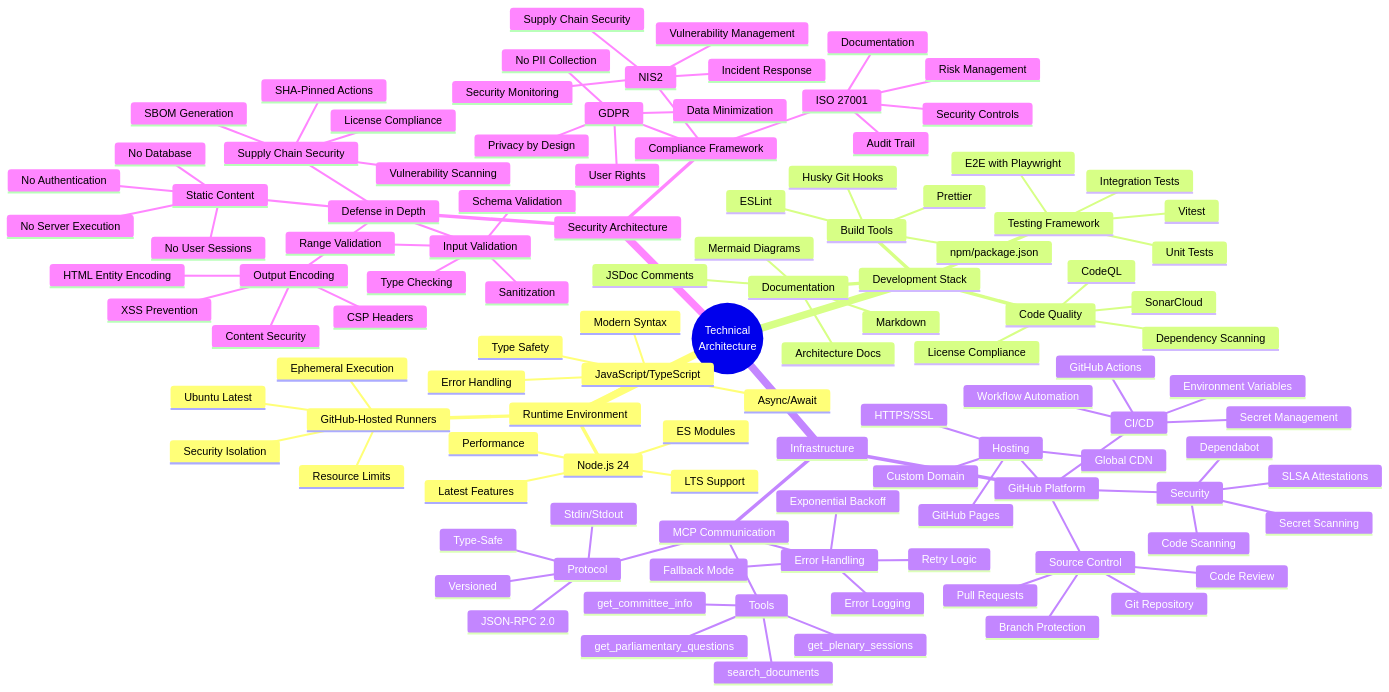
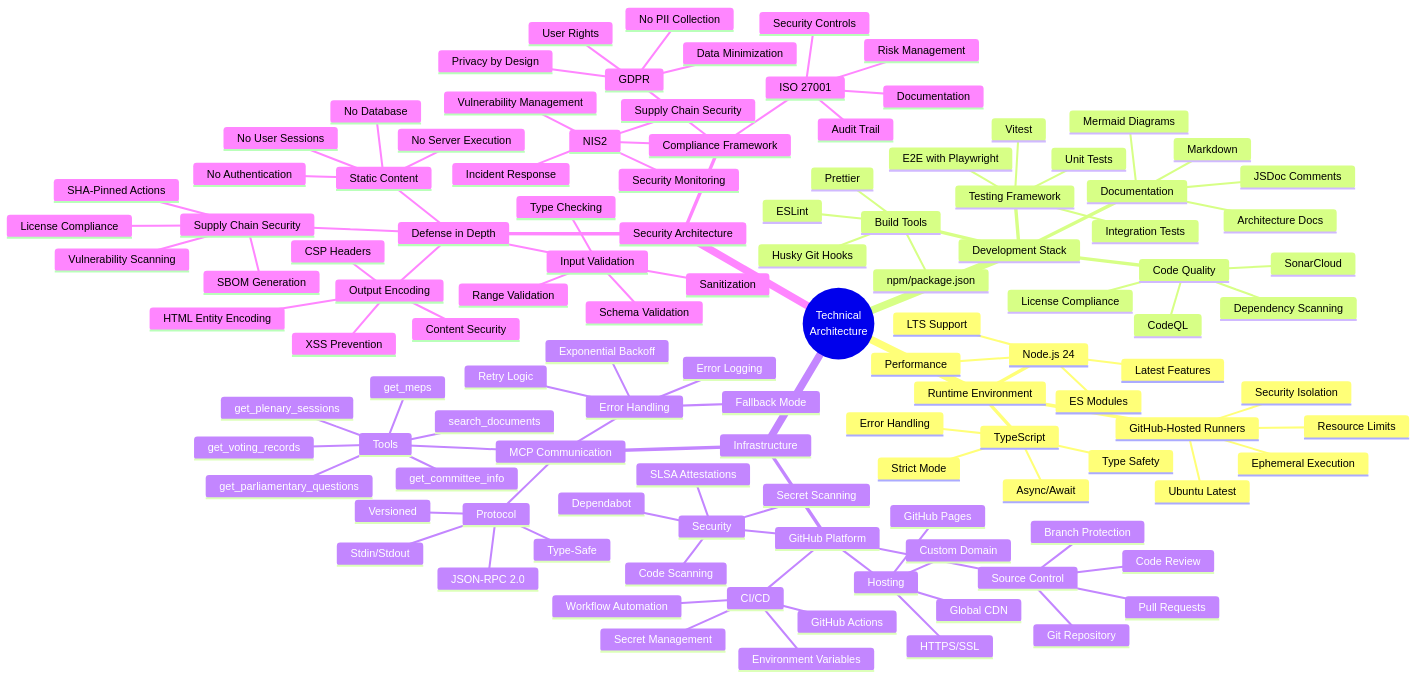
One commit to Hack23/euparliamentmonitor changed the fourth of 12 diagrams in MINDMAP.md. Above: the diagram before and after it, drawn with Mermaid. The commit also changed other lines of this file, not shown here.

First line of the commit message:
fix: correct MINDMAP.md to reflect actual system components

```diff
--- a/MINDMAP.md
+++ b/MINDMAP.md
@@ -337,8 +337,8 @@
         Performance
         ES Modules
         Latest Features
-      JavaScript/TypeScript
-        Modern Syntax
+      TypeScript
+        Strict Mode
         Type Safety
         Async/Await
         Error Handling
@@ -399,10 +399,12 @@
           Type-Safe
           Versioned
         Tools
+          get_meps
           get_plenary_sessions
           search_documents
           get_parliamentary_questions
           get_committee_info
+          get_voting_records
         Error Handling
           Retry Logic
           Exponential Backoff
```
